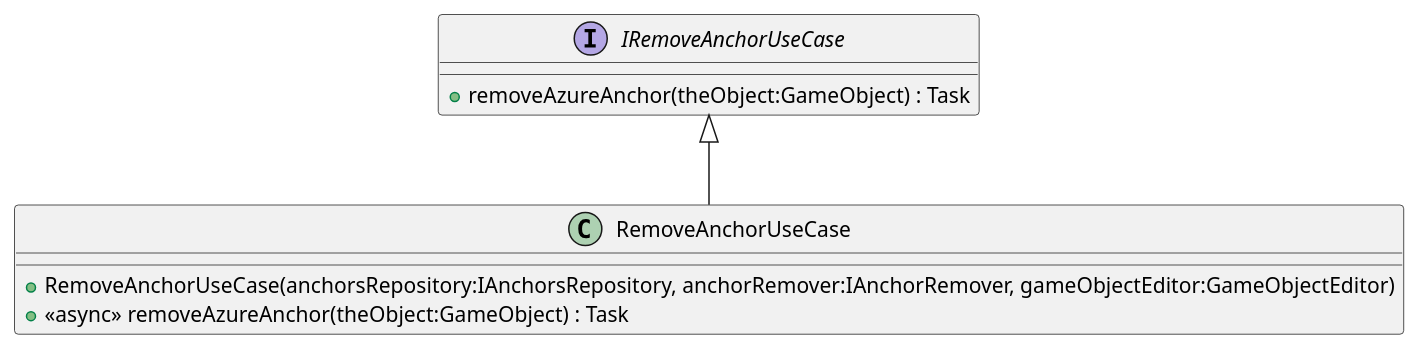
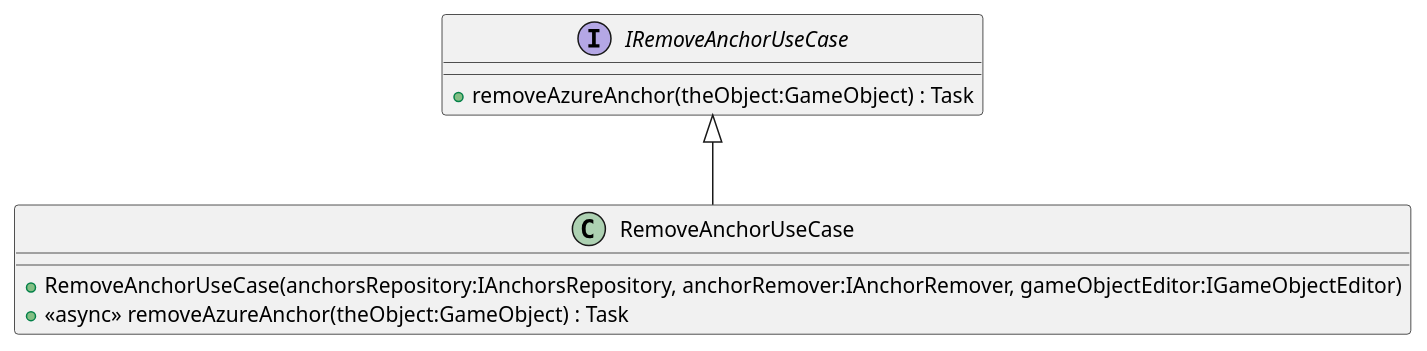
One commit to DeNatur/ProductionFloorVisualization changed the diagram in UML/usecases/RemoveAnchorUseCase.puml. Above: the diagram before and after it, drawn with PlantUML. The commit also changed 16 other files, not shown here.

Commit message:
Generate UML (Generate UML)

```diff
--- a/UML/usecases/RemoveAnchorUseCase.puml
+++ b/UML/usecases/RemoveAnchorUseCase.puml
@@ -1,10 +1,10 @@
 @startuml
 interface IRemoveAnchorUseCase {
     + removeAzureAnchor(theObject:GameObject) : Task
 }
 class RemoveAnchorUseCase {
-    + RemoveAnchorUseCase(anchorsRepository:IAnchorsRepository, anchorRemover:IAnchorRemover, gameObjectEditor:GameObjectEditor)
+    + RemoveAnchorUseCase(anchorsRepository:IAnchorsRepository, anchorRemover:IAnchorRemover, gameObjectEditor:IGameObjectEditor)
     + <<async>> removeAzureAnchor(theObject:GameObject) : Task
 }
 IRemoveAnchorUseCase <|-- RemoveAnchorUseCase
 @enduml
```
